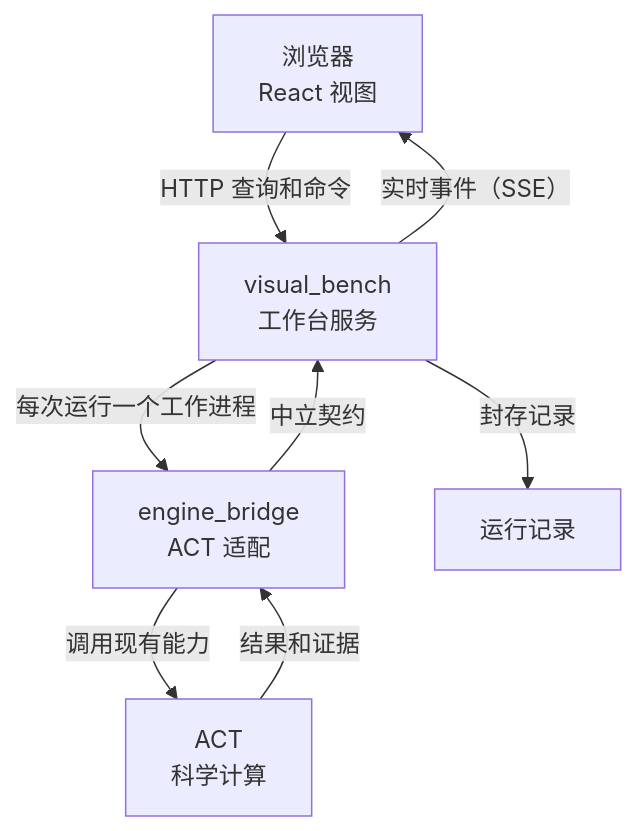
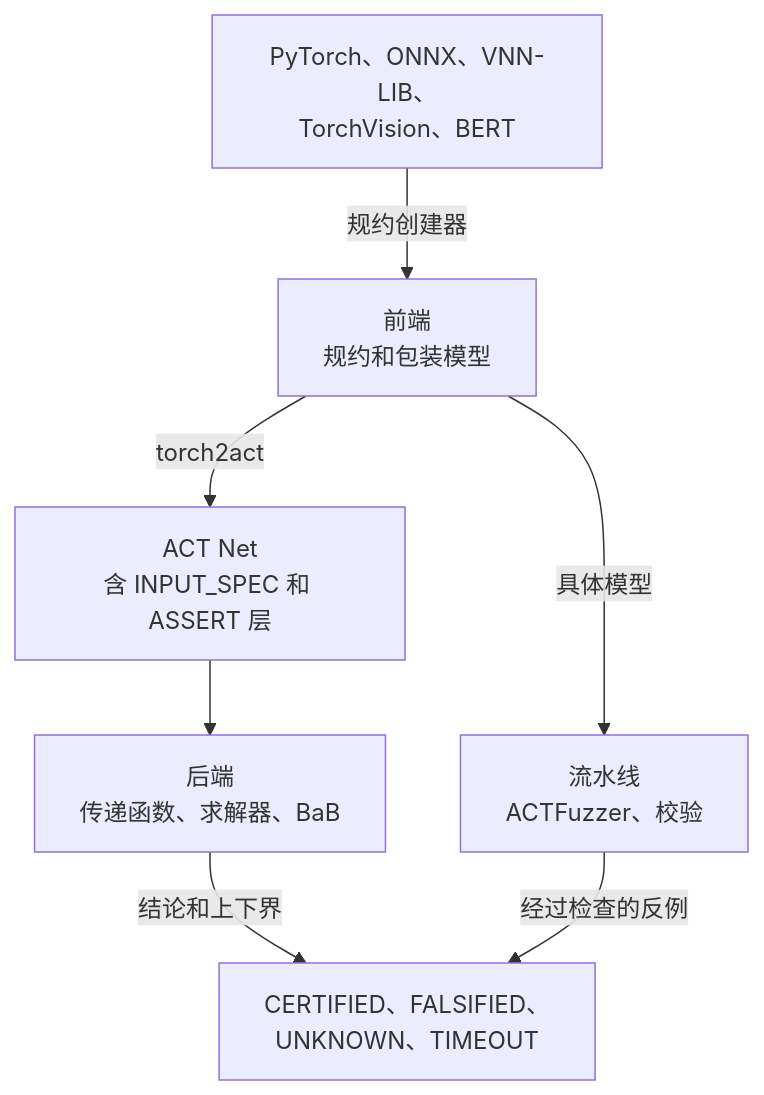
Before and after one commit to SVF-tools/ACT-GUI: the diagram in site/content/zh/guide/how-it-works.md, drawn with Mermaid. The commit also changed other lines of this file and 20 other files, not shown here.

````diff
--- a/site/content/zh/guide/how-it-works.md
+++ b/site/content/zh/guide/how-it-works.md
@@ -5,10 +5,9 @@
 ```mermaid
 flowchart TB
-  B["浏览器<br/>React 视图"] -->|"HTTP 查询和命令"| VB["visual_bench<br/>工作台服务"]
-  VB -->|"实时事件（SSE）"| B
-  VB -->|"每次运行一个工作进程"| EB["engine_bridge<br/>ACT 适配"]
-  EB -->|"调用现有能力"| ACT["ACT<br/>科学计算"]
-  ACT -->|"结果和证据"| EB
-  EB -->|"中立契约"| VB
-  VB -->|"封存记录"| R["运行记录"]
+  In["PyTorch、ONNX、VNN-LIB、<br/>TorchVision、BERT"] -->|"规约创建器"| FE["前端<br/>规约和包装模型"]
+  FE -->|"torch2act"| Net["ACT Net<br/>含 INPUT_SPEC 和 ASSERT 层"]
+  Net --> BE["后端<br/>传递函数、求解器、BaB"]
+  BE -->|"结论和上下界"| Out["CERTIFIED、FALSIFIED、<br/>UNKNOWN、TIMEOUT"]
+  FE -->|"具体模型"| FZ["流水线<br/>ACTFuzzer、校验"]
+  FZ -->|"经过检查的反例"| Out
 ```
````
